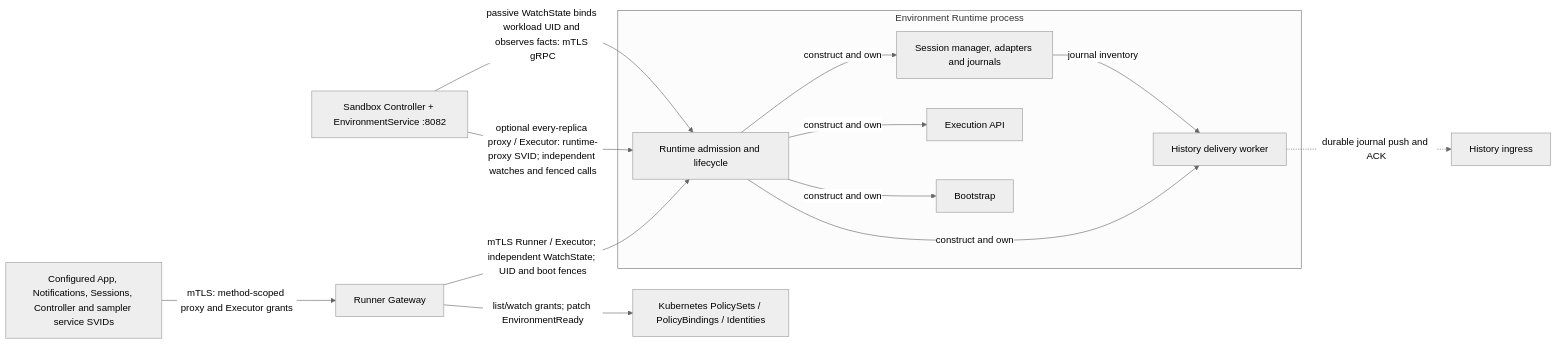
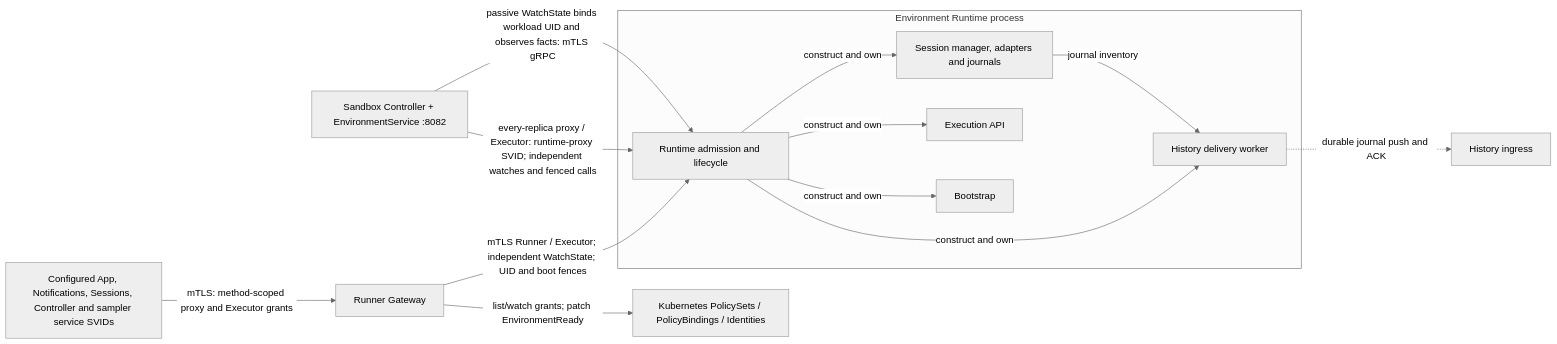
The seventh of 18 diagrams in agentplane/docs/system_overview.md (agentydragon/ducktape), drawn with Mermaid (neutral theme) before and after one commit. The commit also changed other lines of this file and 16 other files, not shown here.

Commit message:
Enable the Environments Runtime proxy receiver before caller cutover

````diff
--- a/agentplane/docs/system_overview.md
+++ b/agentplane/docs/system_overview.md
@@ -486,22 +486,22 @@
 ```mermaid
 flowchart LR
     gateway[Runner Gateway]
     services[Configured App, Notifications, Sessions, Controller and sampler service SVIDs]
     services -->|mTLS: method-scoped proxy and Executor grants| gateway
     subgraph environment_runtime[Environment Runtime process]
       runtime[Runtime admission and lifecycle]
       sessions[Session manager, adapters and journals]
       execution[Execution API]
       bootstrap[Bootstrap]
       delivery[History delivery worker]
       runtime -->|construct and own| sessions & execution & bootstrap & delivery
       sessions -->|journal inventory| delivery
     end
     history[History ingress]
     gateway -->|mTLS Runner / Executor; independent WatchState; UID and boot fences| runtime
-    sandboxctl -->|optional every-replica proxy / Executor: runtime-proxy SVID; independent watches and fenced calls| runtime
+    sandboxctl -->|every-replica proxy / Executor: runtime-proxy SVID; independent watches and fenced calls| runtime
     policy_api[Kubernetes PolicySets / PolicyBindings / Identities]
     gateway -->|list/watch grants; patch EnvironmentReady| policy_api
     sandboxctl[Sandbox Controller + EnvironmentService :8082] -->|passive WatchState binds workload UID and observes facts: mTLS gRPC| runtime
     delivery -.->|durable journal push and ACK| history
 ```
````
